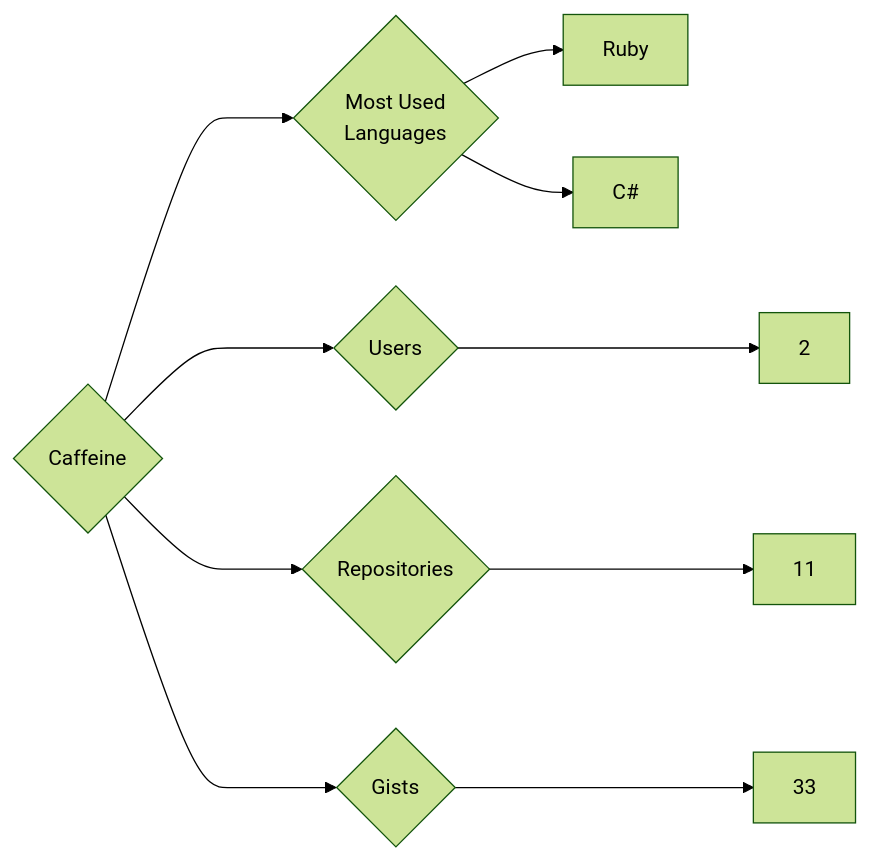
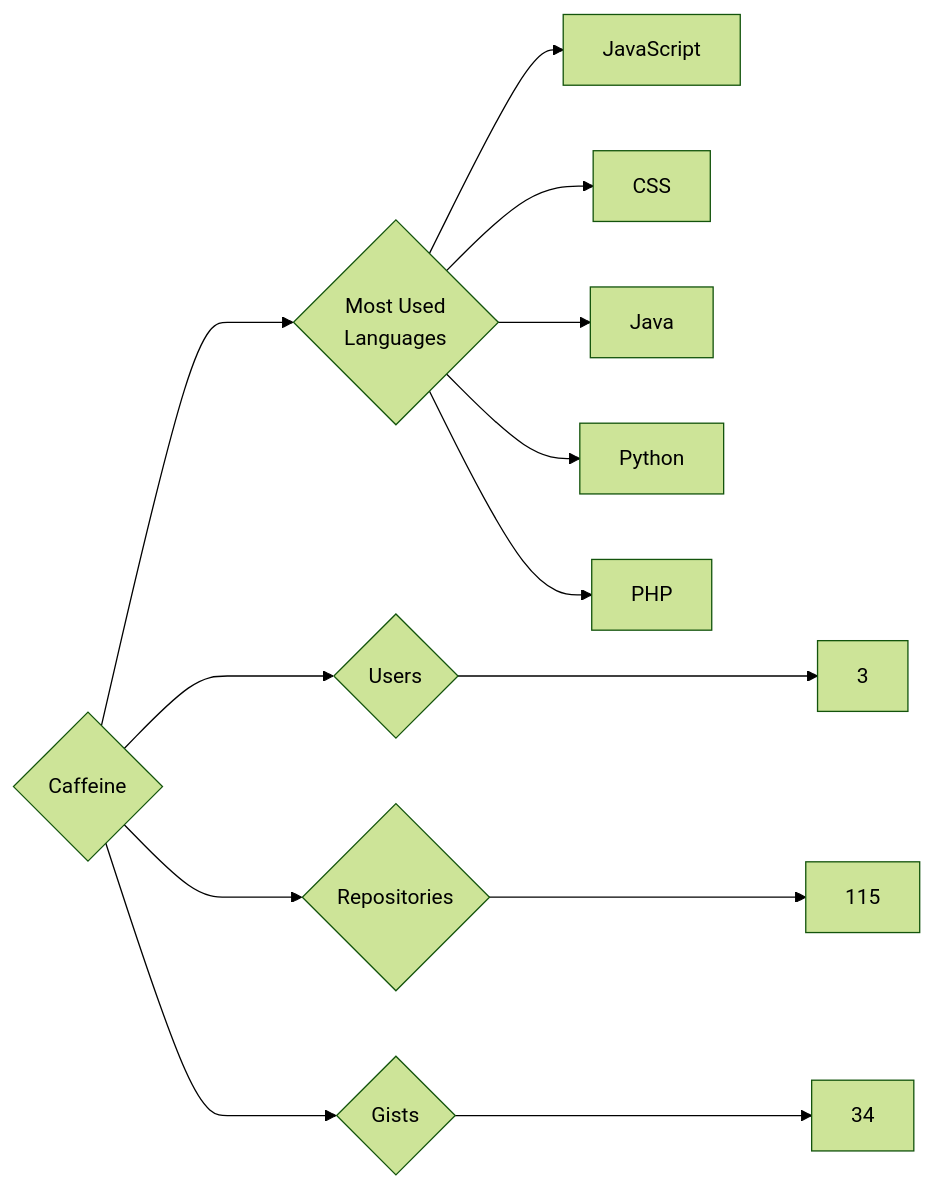
Before and after one commit to trickest/insiders: the diagram in targets/Caffeine/README.md, drawn with Mermaid (forest theme). The commit also changed 985 other files, not shown here.

````diff
--- a/targets/Caffeine/README.md
+++ b/targets/Caffeine/README.md
@@ -3,10 +3,13 @@
 ```mermaid
 graph LR
 COMPANY_NAME{Caffeine}
-COMPANY_NAME ---> U{Users} ---> UN[2]
-COMPANY_NAME ---> R{Repositories} ---> RN[11]
-COMPANY_NAME ---> G{Gists} ---> GN[33]
+COMPANY_NAME ---> U{Users} ---> UN[3]
+COMPANY_NAME ---> R{Repositories} ---> RN[115]
+COMPANY_NAME ---> G{Gists} ---> GN[34]
 COMPANY_NAME ---> ML{Most Used<br>Languages}
-ML --> Ruby[Ruby]
-ML --> C#[C#]
+ML --> JavaScript[JavaScript]
+ML --> CSS[CSS]
+ML --> Java[Java]
+ML --> Python[Python]
+ML --> PHP[PHP]
 ```
````
